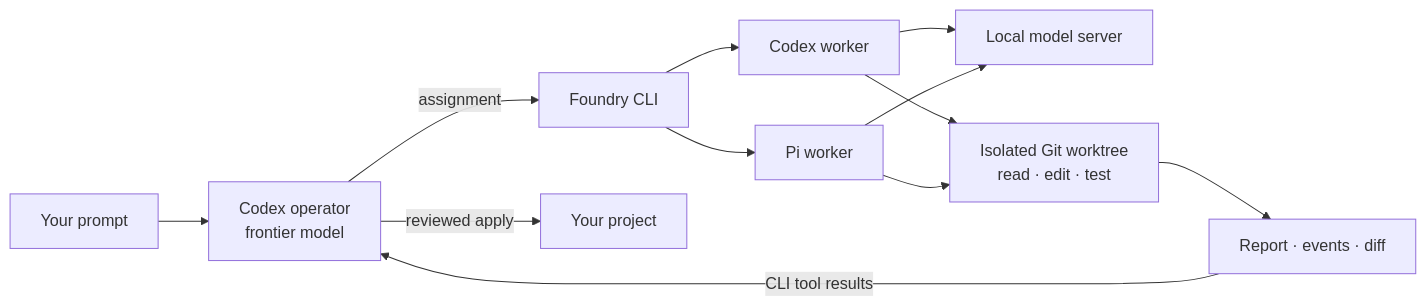
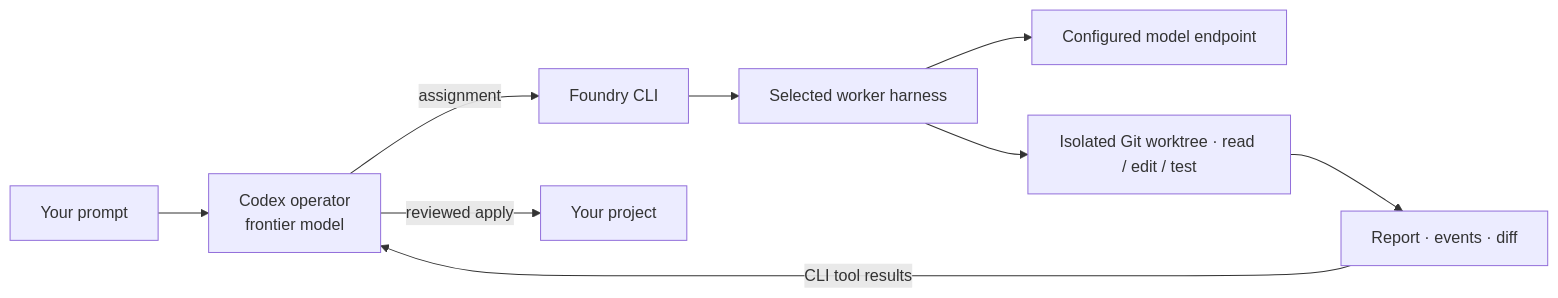
One commit to Nick5893/overseer changed the diagram in README.md. Above: the diagram before and after it, drawn with Mermaid. The commit also changed other lines of this file and 13 other files, not shown here.

````diff
--- a/README.md
+++ b/README.md
@@ -12,14 +13,11 @@
 ```mermaid
 flowchart LR
     U[Your prompt] --> O[Codex operator\nfrontier model]
     O -->|assignment| F[Foundry CLI]
-    F --> C[Codex worker]
-    F --> P[Pi worker]
-    C --> L[Local model server]
-    P --> L
-    C --> W[Isolated Git worktree\nread · edit · test]
-    P --> W
+    F --> H[Selected worker harness]
+    H --> L[Configured model endpoint]
+    H --> W[Isolated Git worktree · read / edit / test]
     W --> R[Report · events · diff]
     R -->|CLI tool results| O
     O -->|reviewed apply| G[Your project]
 ```
````
